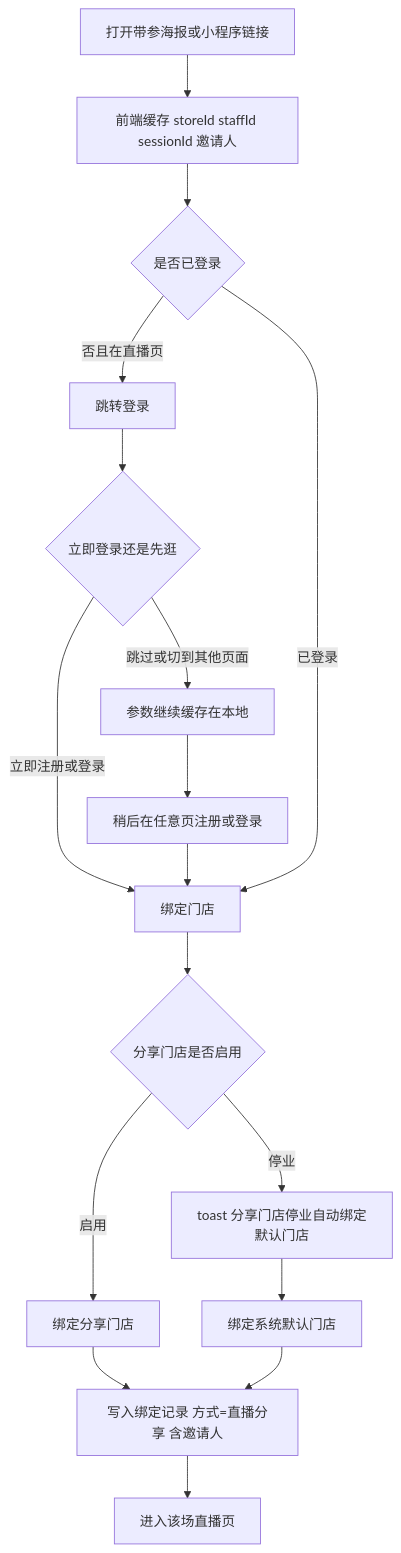
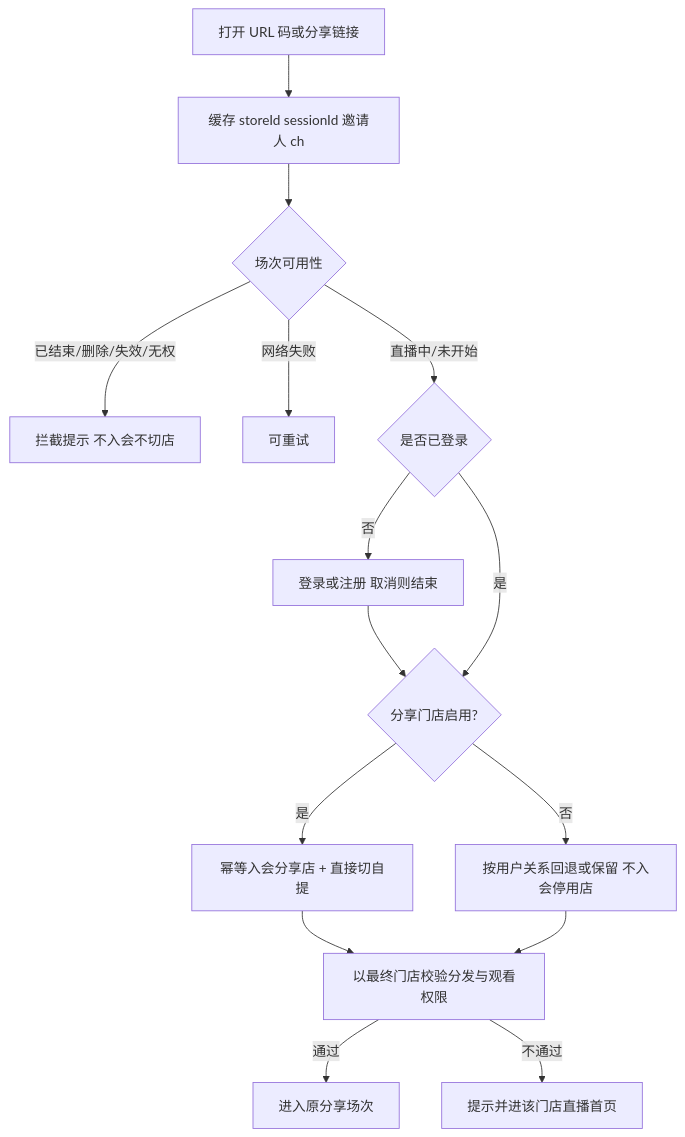
One commit to 342-droid/LFerp changed the sixth of 8 diagrams in prototype-prd/628-丰银宝支持通过分享冷丰鲜选直播场次链接绑定推广会员.md. Above: the diagram before and after it, drawn with Mermaid. The commit also changed other lines of this file and 18 other files, not shown here.

````diff
--- a/prototype-prd/628-丰银宝支持通过分享冷丰鲜选直播场次链接绑定推广会员.md
+++ b/prototype-prd/628-丰银宝支持通过分享冷丰鲜选直播场次链接绑定推广会员.md
@@ -437,19 +452,17 @@
 ```mermaid
 flowchart TD
-  A[打开带参海报或小程序链接] --> B[前端缓存 storeId staffId sessionId 邀请人]
-  B --> C{是否已登录}
-  C -->|否且在直播页| D[跳转登录]
-  D --> E{立即登录还是先逛}
-  E -->|立即注册或登录| F[绑定门店]
-  E -->|跳过或切到其他页面| G[参数继续缓存在本地]
-  G --> H[稍后在任意页注册或登录]
-  H --> F
-  C -->|已登录| F
-  F --> I{分享门店是否启用}
-  I -->|启用| J[绑定分享门店]
-  I -->|停业| K[toast 分享门店停业自动绑定默认门店]
-  K --> L[绑定系统默认门店]
-  J --> M[写入绑定记录 方式=直播分享 含邀请人]
-  L --> M
-  M --> N[进入该场直播页]
+  A[打开 URL 码或分享链接] --> B[缓存 storeId sessionId 邀请人 ch]
+  B --> C{场次可用性}
+  C -->|已结束/删除/失效/无权| X[拦截提示 不入会不切店]
+  C -->|网络失败| Y[可重试]
+  C -->|直播中/未开始| D{是否已登录}
+  D -->|否| E[登录或注册 取消则结束]
+  E --> F
+  D -->|是| F{分享门店启用?}
+  F -->|是| G[幂等入会分享店 + 直接切自提]
+  F -->|否| H[按用户关系回退或保留 不入会停用店]
+  G --> I[以最终门店校验分发与观看权限]
+  H --> I
+  I -->|通过| J[进入原分享场次]
+  I -->|不通过| K[提示并进该门店直播首页]
 ```
````
